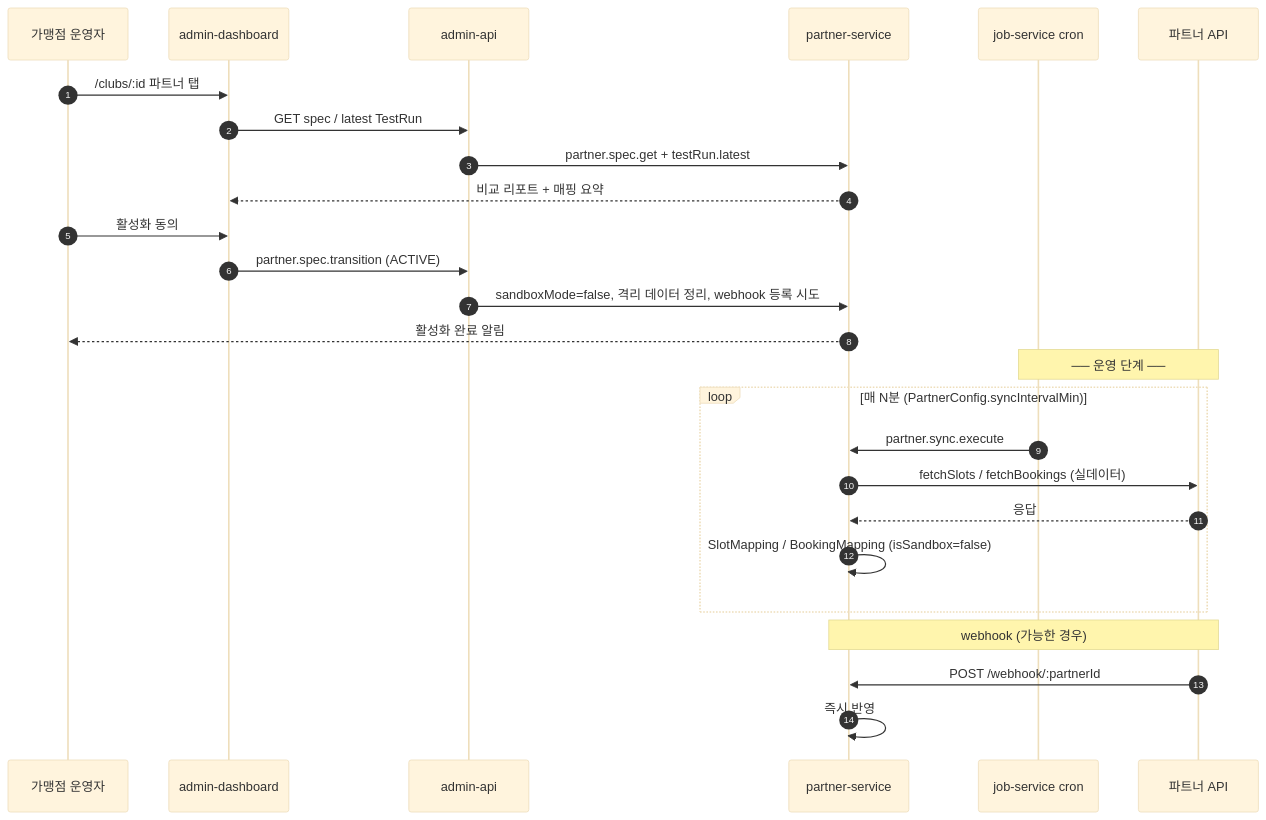
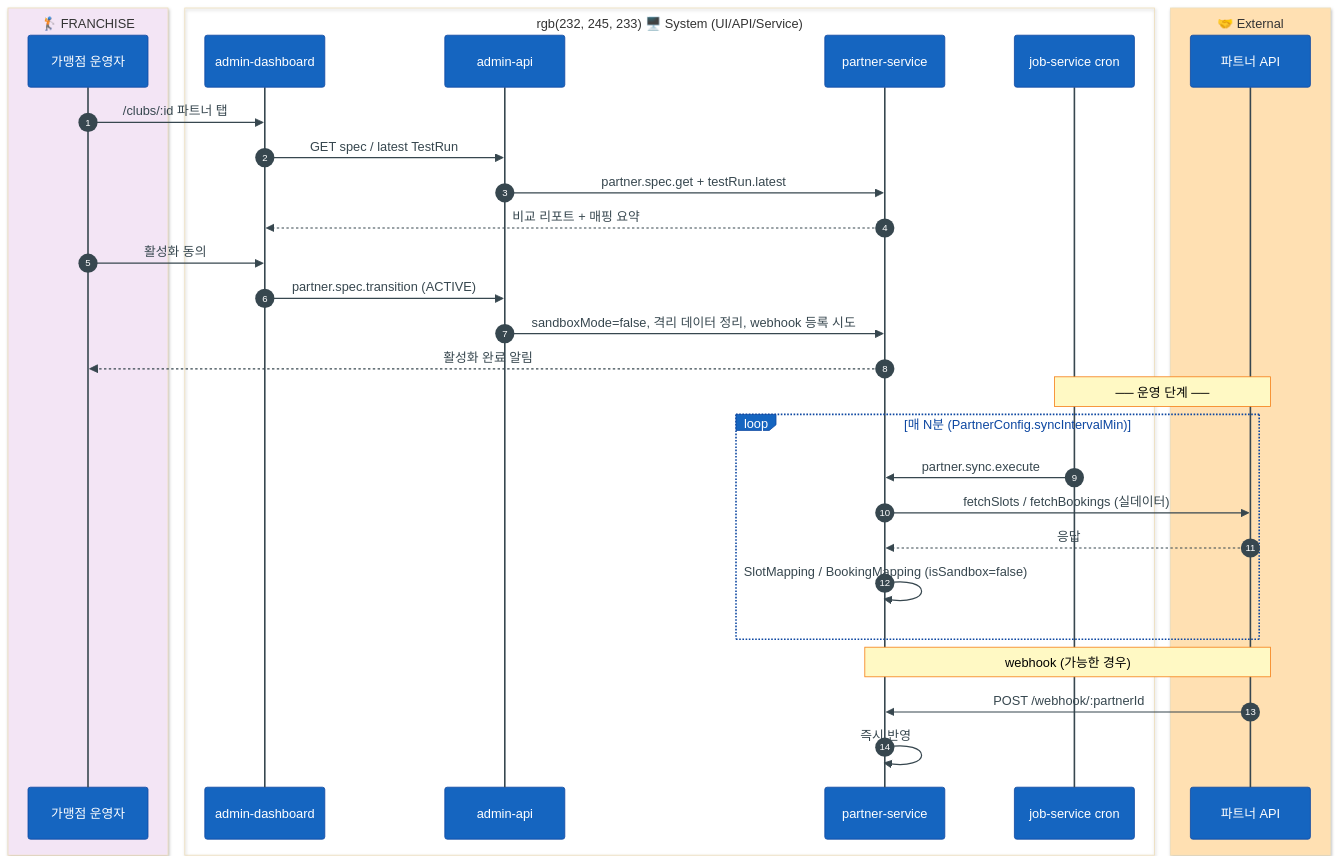
One commit to uniyous/parkgolf-platform changed the eighth of 15 diagrams in docs/workflow/PARTNER_INTEGRATION.md. Above: the diagram before and after it, drawn with Mermaid. The commit also changed other lines of this file and 1 other file, not shown here.

````diff
--- a/docs/workflow/PARTNER_INTEGRATION.md
+++ b/docs/workflow/PARTNER_INTEGRATION.md
@@ -289,32 +346,47 @@
 ```mermaid
-%%{init: {'theme':'base','themeVariables':{'fontSize':'13px'}}}%%
+%%{init: {'theme':'base','themeVariables':{
+  'fontSize':'13px',
+  'actorBkg':'#1565C0','actorBorder':'#0D47A1','actorTextColor':'#fff','actorLineColor':'#37474F',
+  'noteBkgColor':'#FFF9C4','noteTextColor':'#000','noteBorderColor':'#F57F17',
+  'signalColor':'#37474F','signalTextColor':'#37474F',
+  'sequenceNumberColor':'#fff',
+  'labelBoxBkgColor':'#1565C0','labelBoxBorderColor':'#0D47A1','labelTextColor':'#fff',
+  'loopTextColor':'#0D47A1',
+  'activationBkgColor':'#90CAF9','activationBorderColor':'#0D47A1'
+}}}%%
 sequenceDiagram
     autonumber
+    box rgb(243, 229, 245) 🏌️ FRANCHISE
     participant FA as 가맹점 운영자
+    end
+    box rgb(232, 245, 233) 🖥️ System (UI/API/Service)
     participant Adm as admin-dashboard
     participant API as admin-api
     participant PS as partner-service
     participant Cron as job-service cron
+    end
+    box rgb(255, 224, 178) 🤝 External
     participant Ext as 파트너 API
+    end
 
     FA->>Adm: /clubs/:id 파트너 탭
     Adm->>API: GET spec / latest TestRun
     API->>PS: partner.spec.get + testRun.latest
     PS-->>Adm: 비교 리포트 + 매핑 요약
     FA->>Adm: 활성화 동의
     Adm->>API: partner.spec.transition (ACTIVE)
     API->>PS: sandboxMode=false, 격리 데이터 정리, webhook 등록 시도
     PS-->>FA: 활성화 완료 알림
 
     Note over Cron,Ext: ── 운영 단계 ──
     loop 매 N분 (PartnerConfig.syncIntervalMin)
       Cron->>PS: partner.sync.execute
       PS->>Ext: fetchSlots / fetchBookings (실데이터)
       Ext-->>PS: 응답
       PS->>PS: SlotMapping / BookingMapping (isSandbox=false)
     end
 
     Note over Ext,PS: webhook (가능한 경우)
     Ext->>PS: POST /webhook/:partnerId
     PS->>PS: 즉시 반영
 ```
````
